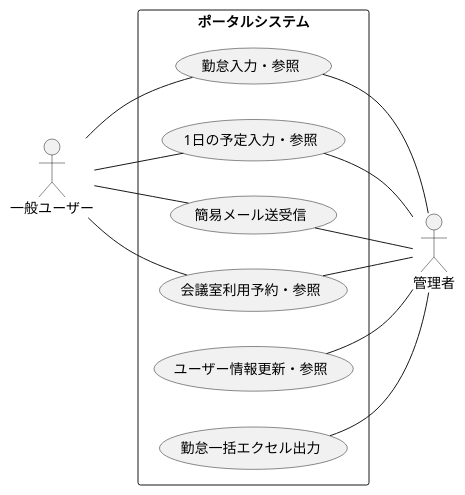
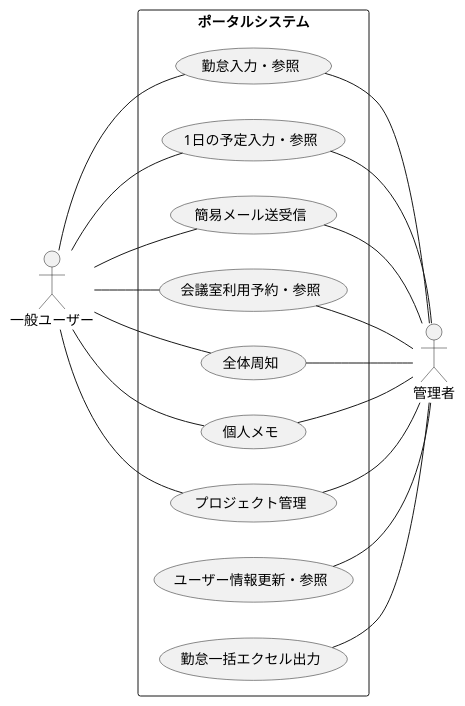
One commit to R-SAIKI/practiceUML changed the diagram in ユースケース図/ユースケース図.pu. Above: the diagram before and after it, drawn with PlantUML. The commit also changed 7 other files, not shown here.

```diff
--- a/ユースケース図/ユースケース図.pu
+++ b/ユースケース図/ユースケース図.pu
@@ -1,18 +1,24 @@
 @startuml
 left to right direction
 skinparam packageStyle rectangle
 actor 一般ユーザー
 actor 管理者
 rectangle ポータルシステム {
   一般ユーザー -- (勤怠入力・参照)
   一般ユーザー -- (1日の予定入力・参照)
   一般ユーザー -- (簡易メール送受信)
   一般ユーザー -- (会議室利用予約・参照)
+  一般ユーザー -- (全体周知)
+  一般ユーザー -- (個人メモ)
+  一般ユーザー -- (プロジェクト管理)
   (勤怠入力・参照) -- 管理者
   (1日の予定入力・参照) -- 管理者
   (簡易メール送受信) -- 管理者
   (会議室利用予約・参照) -- 管理者
   (ユーザー情報更新・参照) -- 管理者
   (勤怠一括エクセル出力) -- 管理者
+  (全体周知) -- 管理者
+  (個人メモ) -- 管理者
+  (プロジェクト管理) -- 管理者
 }
 @enduml
```
